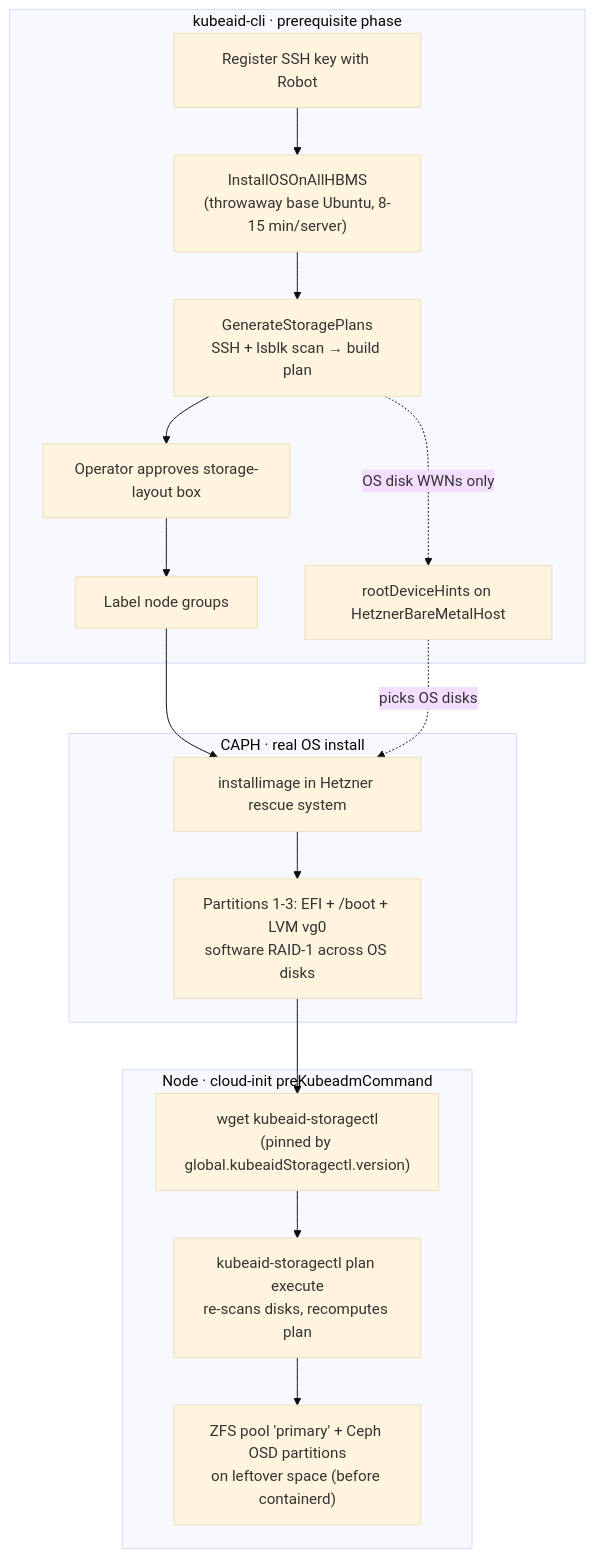
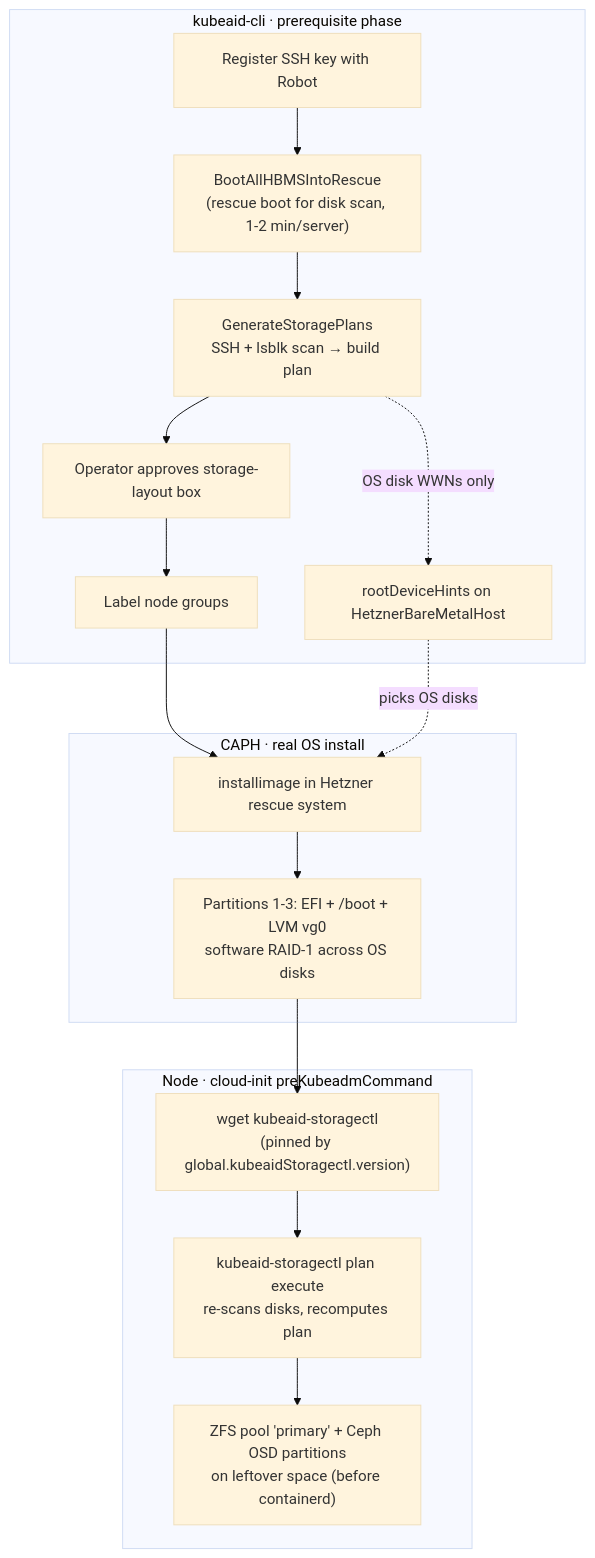
The diagram in docs/bare-metal-provisioning.md (Obmondo/kubeaid-cli), drawn with Mermaid (base theme) before and after one commit. The commit also changed other lines of this file and 5 other files, not shown here.

First line of the commit message:
feat(hetzner): boot bare-metal servers into rescue instead of full OS install

````diff
--- a/docs/bare-metal-provisioning.md
+++ b/docs/bare-metal-provisioning.md
@@ -13,26 +13,26 @@
 ```mermaid
 flowchart TD
   subgraph PRE["kubeaid-cli · prerequisite phase"]
-    ssh["Register SSH key with Robot"] --> install["InstallOSOnAllHBMS<br/>(throwaway base Ubuntu, 8-15 min/server)"]
+    ssh["Register SSH key with Robot"] --> install["BootAllHBMSIntoRescue<br/>(rescue boot for disk scan, 1-2 min/server)"]
     install --> scan["GenerateStoragePlans<br/>SSH + lsblk scan → build plan"]
     scan --> approve["Operator approves storage-layout box"]
     approve --> label["Label node groups"]
     scan -. "OS disk WWNs only" .-> hints["rootDeviceHints on HetznerBareMetalHost"]
   end
 
   label --> caph
 
   subgraph CAPH["CAPH · real OS install"]
     caph["installimage in Hetzner rescue system"]
     hints -. "picks OS disks" .-> caph
     caph --> os["Partitions 1-3: EFI + /boot + LVM vg0<br/>software RAID-1 across OS disks"]
   end
 
   os --> boot
 
   subgraph NODE["Node · cloud-init preKubeadmCommand"]
     boot["wget kubeaid-storagectl<br/>(pinned by global.kubeaidStoragectl.version)"]
     boot --> exec["kubeaid-storagectl plan execute<br/>re-scans disks, recomputes plan"]
     exec --> storage["ZFS pool 'primary' + Ceph OSD partitions<br/>on leftover space (before containerd)"]
   end
 ```
````
